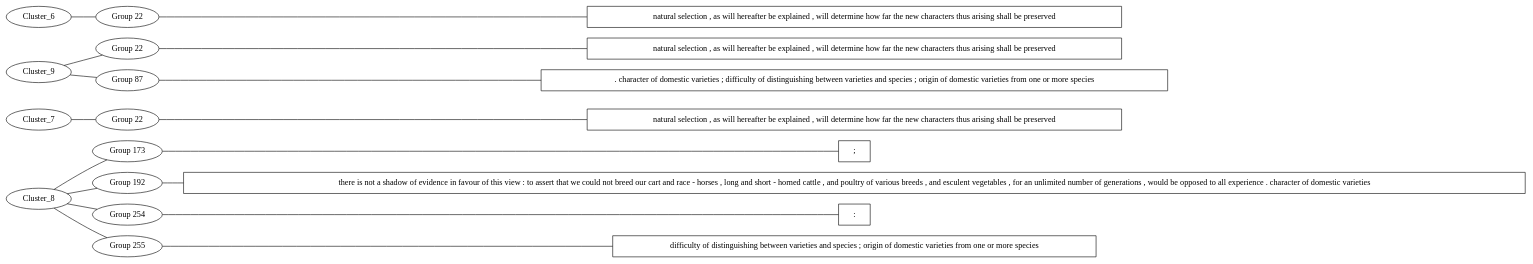
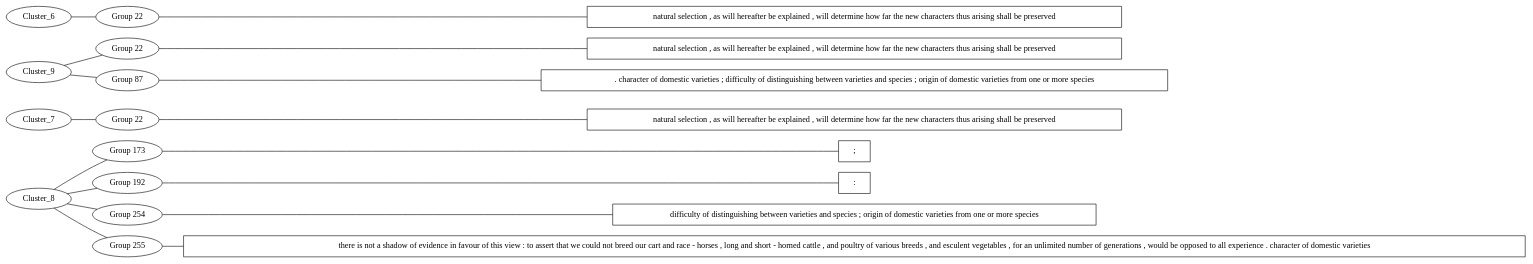
Before and after one commit to djbpitt/scala-graphing-sandbox: the diagram in src/main/outputs/hypergraph.dot, drawn with Graphviz. The commit also changed 4 other files, not shown here.

```diff
--- a/src/main/outputs/hypergraph.dot
+++ b/src/main/outputs/hypergraph.dot
@@ -1,35 +1,35 @@
 graph MyGraph {
 rankdir = LR
-"Cluster_8_255_reading" [shape=box label="difficulty of distinguishing between varieties and species ; origin of domestic varieties from one or more species "]
-"Cluster_8_254_reading" [shape=box label=": "]
-"Cluster_8_192_reading" [shape=box label="there is not a shadow of evidence in favour of this view : to assert that we could not breed our cart and race - horses , long and short - horned cattle , and poultry of various breeds , and esculent vegetables , for an unlimited number of generations , would be opposed to all experience . character of domestic varieties "]
+"Cluster_8_255_reading" [shape=box label="there is not a shadow of evidence in favour of this view : to assert that we could not breed our cart and race - horses , long and short - horned cattle , and poultry of various breeds , and esculent vegetables , for an unlimited number of generations , would be opposed to all experience . character of domestic varieties "]
+"Cluster_8_254_reading" [shape=box label="difficulty of distinguishing between varieties and species ; origin of domestic varieties from one or more species "]
+"Cluster_8_192_reading" [shape=box label=": "]
 "Cluster_8_173_reading" [shape=box label="; "]
 "Cluster_8_173" [label="Group 173"]
 "Cluster_8_192" [label="Group 192"]
 "Cluster_8_254" [label="Group 254"]
 "Cluster_8_255" [label="Group 255"]
 "Cluster_8_255" -- "Cluster_8_255_reading"
 "Cluster_8_254" -- "Cluster_8_254_reading"
 "Cluster_8_192" -- "Cluster_8_192_reading"
 "Cluster_8_173" -- "Cluster_8_173_reading"
 Cluster_8 -- "Cluster_8_255"
 Cluster_8 -- "Cluster_8_254"
 Cluster_8 -- "Cluster_8_192"
 Cluster_8 -- "Cluster_8_173"
 "Cluster_7_22_reading" [shape=box label="natural selection , as will hereafter be explained , will determine how far the new characters thus arising shall be preserved "]
 "Cluster_7_22" [label="Group 22"]
 "Cluster_7_22" -- "Cluster_7_22_reading"
 Cluster_7 -- "Cluster_7_22"
 "Cluster_9_87_reading" [shape=box label=". character of domestic varieties ; difficulty of distinguishing between varieties and species ; origin of domestic varieties from one or more species "]
 "Cluster_9_22_reading" [shape=box label="natural selection , as will hereafter be explained , will determine how far the new characters thus arising shall be preserved "]
 "Cluster_9_22" [label="Group 22"]
 "Cluster_9_87" [label="Group 87"]
 "Cluster_9_87" -- "Cluster_9_87_reading"
 "Cluster_9_22" -- "Cluster_9_22_reading"
 Cluster_9 -- "Cluster_9_87"
 Cluster_9 -- "Cluster_9_22"
 "Cluster_6_22_reading" [shape=box label="natural selection , as will hereafter be explained , will determine how far the new characters thus arising shall be preserved "]
 "Cluster_6_22" [label="Group 22"]
 "Cluster_6_22" -- "Cluster_6_22_reading"
 Cluster_6 -- "Cluster_6_22"
 }
```
